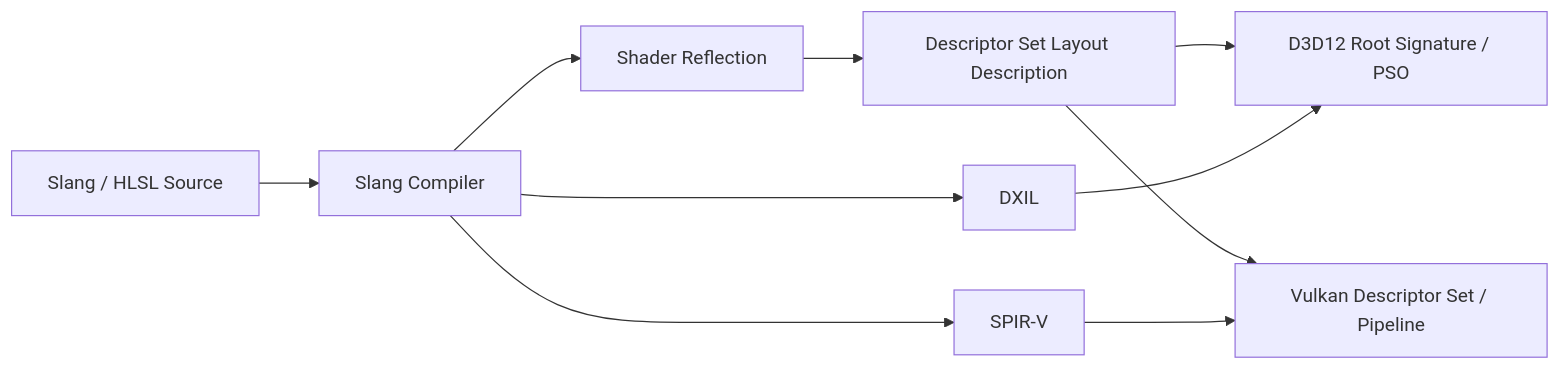
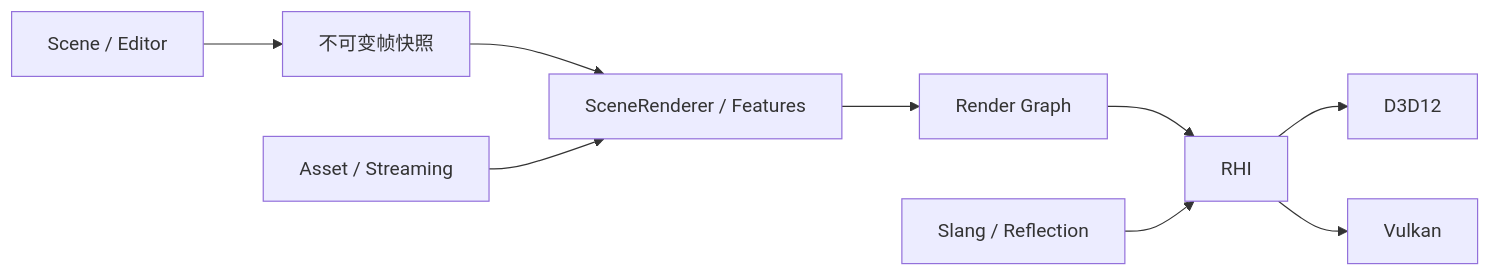
Before and after one commit to peinanlin/PrismRender: the diagram in README.md, drawn with Mermaid. The commit also changed other lines of this file and 23 other files, not shown here.

First line of the commit message:
docs: refresh renderer showcase and publish pipeline benchmarks

````diff
--- a/README.md
+++ b/README.md
@@ -246,21 +139,11 @@
-~~~mermaid
+```mermaid
 flowchart LR
-    Source[Slang / HLSL Source]
-    Compiler[Slang Compiler]
-    Reflect[Shader Reflection]
-    Layout[Descriptor Set Layout Description]
-    DXIL[DXIL]
-    SPIRV[SPIR-V]
-    D3D12[D3D12 Root Signature / PSO]
-    Vulkan[Vulkan Descriptor Set / Pipeline]
-
-    Source --> Compiler
-    Compiler --> Reflect
-    Reflect --> Layout
-    Compiler --> DXIL
-    Compiler --> SPIRV
-    Layout --> D3D12
-    Layout --> Vulkan
-    DXIL --> D3D12
-    SPIRV --> Vulkan
-~~~
+    Scene[Scene / Editor] --> Packet[不可变帧快照]
+    Packet --> Renderer[SceneRenderer / Features]
+    Renderer --> RDG[Render Graph]
+    RDG --> RHI[RHI]
+    RHI --> D3D12[D3D12]
+    RHI --> Vulkan[Vulkan]
+    Asset[Asset / Streaming] --> Renderer
+    Slang[Slang / Reflection] --> RHI
+```
````
